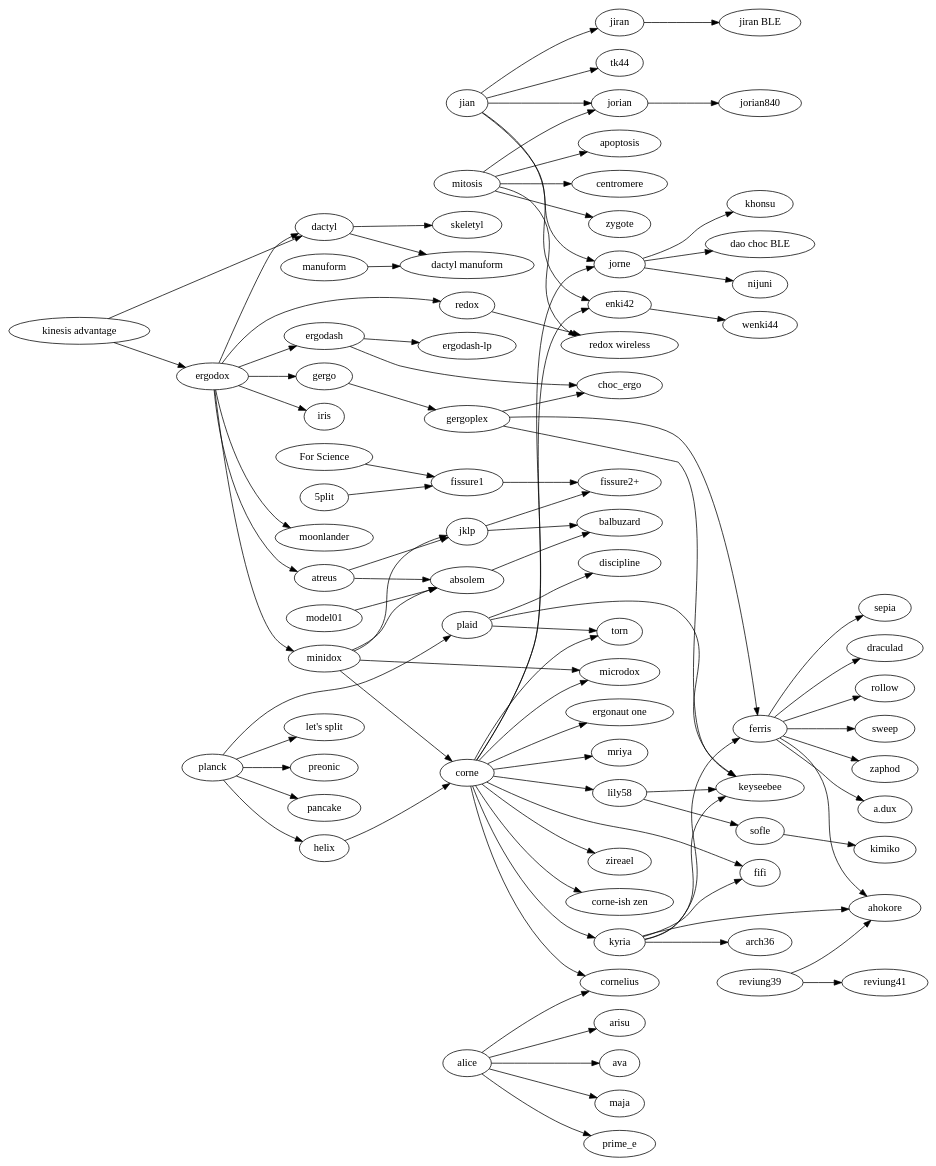
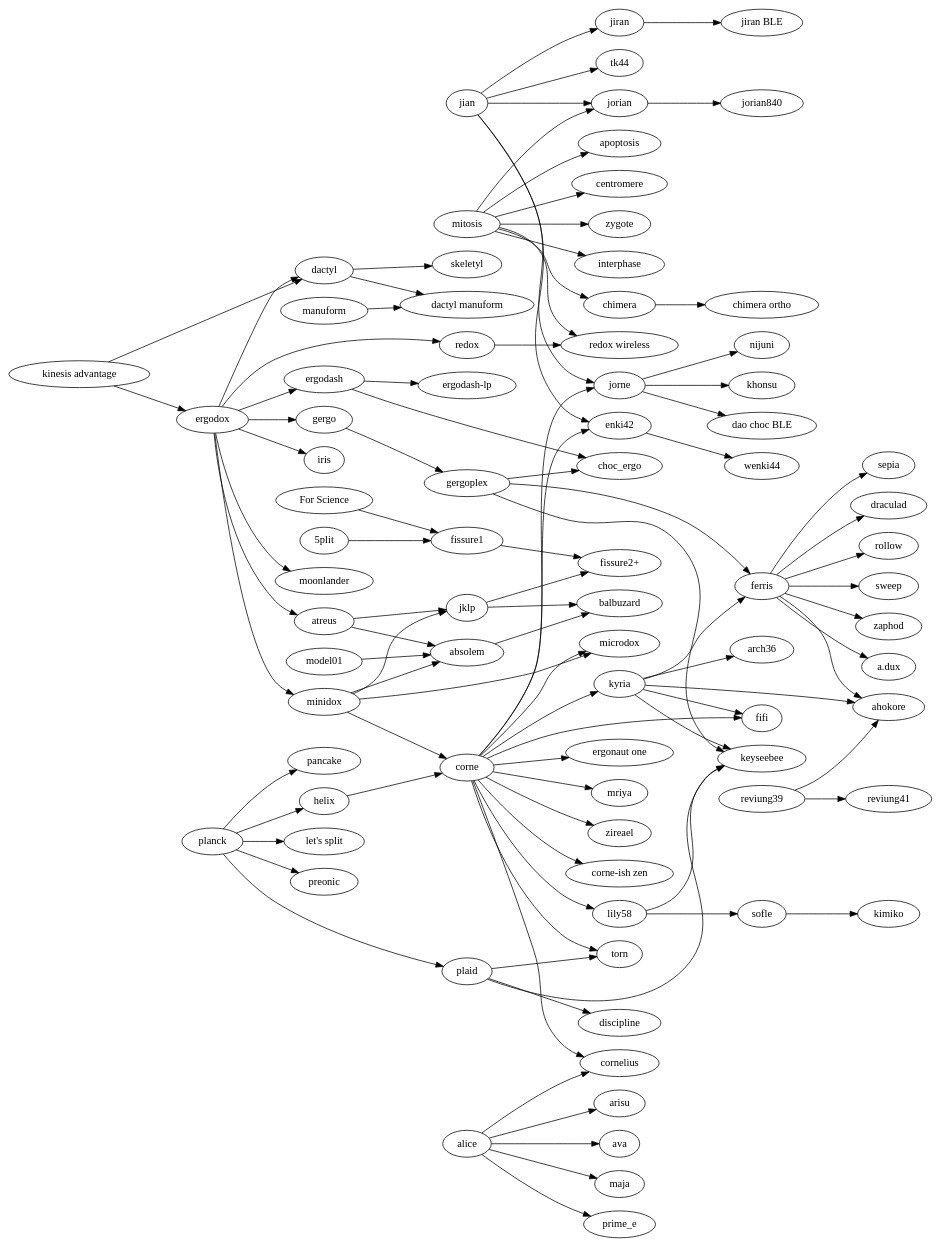
One commit to joric/graph changed the diagram in tree.gv. Above: the diagram before and after it, drawn with Graphviz.

```diff
--- a/tree.gv
+++ b/tree.gv
@@ -1,164 +1,167 @@
 digraph {
   rankdir=LR;
 
   subgraph splits {
     helix -> corne;
     enki42->wenki44;
     jiran->"jiran BLE";
     jorian->jorian840;
     redox->"redox wireless";
+    chimera->"chimera ortho";
 
     jian -> {
       jorian;
       jorne;
       jiran;
       enki42;
       tk44;
     }
 
     jorne -> {
       nijuni;
       khonsu;
       "dao choc BLE";
     }
 
     mitosis -> {
       apoptosis;
       "redox wireless";
       centromere;
       zygote;
+      chimera;
+      interphase;
       jorian;
     }
 
     corne -> {
       "corne-ish zen";
       cornelius;
       fifi;
       kyria;
       lily58;
       microdox;
       torn;
       jorne;
       "ergonaut one";
       mriya;
       zireael;
       enki42;
     };
 
     lily58 -> {
       keyseebee;
       sofle;
     };
 
     kyria -> {
         ahokore;
         arch36;
         ferris;
         fifi;
         keyseebee;
     };
 
     "kinesis advantage" -> {
       ergodox;
       dactyl;
     };
 
     ergodox -> {
       atreus;
       dactyl;
       ergodash;
       gergo;
       iris;
       minidox;
       moonlander;
       redox;
     };
 
     ergodash -> {
       "ergodash-lp";
       choc_ergo;
     };
 
     gergo -> gergoplex;
     gergoplex -> {
       choc_ergo;
       ferris;
       keyseebee;
     };
 
     ferris -> {
       ahokore;
       sepia;
       draculad;
       rollow;
       sweep;
       zaphod;
       "a.dux";
     };
 
     manuform -> "dactyl manuform";
 
     minidox -> {
       absolem;
       corne;
       microdox;
       jklp;
     };
 
     model01 -> {
       absolem;
     };
 
     sofle -> kimiko;
 
     "5plit" -> "fissure1";
     "For Science" -> "fissure1";
     fissure1 -> "fissure2+";
     jklp -> "fissure2+";
   }
 
   subgraph unibody {
     atreus -> {
       absolem;
       jklp;
     };
     jklp -> balbuzard;
     absolem -> balbuzard;
     reviung39 -> {
       ahokore;
       reviung41;
     };
   };
 
   subgraph ortholinear {
     plaid -> {
       discipline;
       keyseebee;
       torn;
     };
     planck -> {
       helix;
       "let's split";
       plaid;
       preonic;
       pancake;
     };
   }
 
   subgraph {
     dactyl -> {
       "dactyl manuform";
       skeletyl;
     }
   }
 
   subgraph alicefamily {
     alice -> {
       arisu;
       ava;
       cornelius;
       maja;
       prime_e;
     }
   }
 }
```
